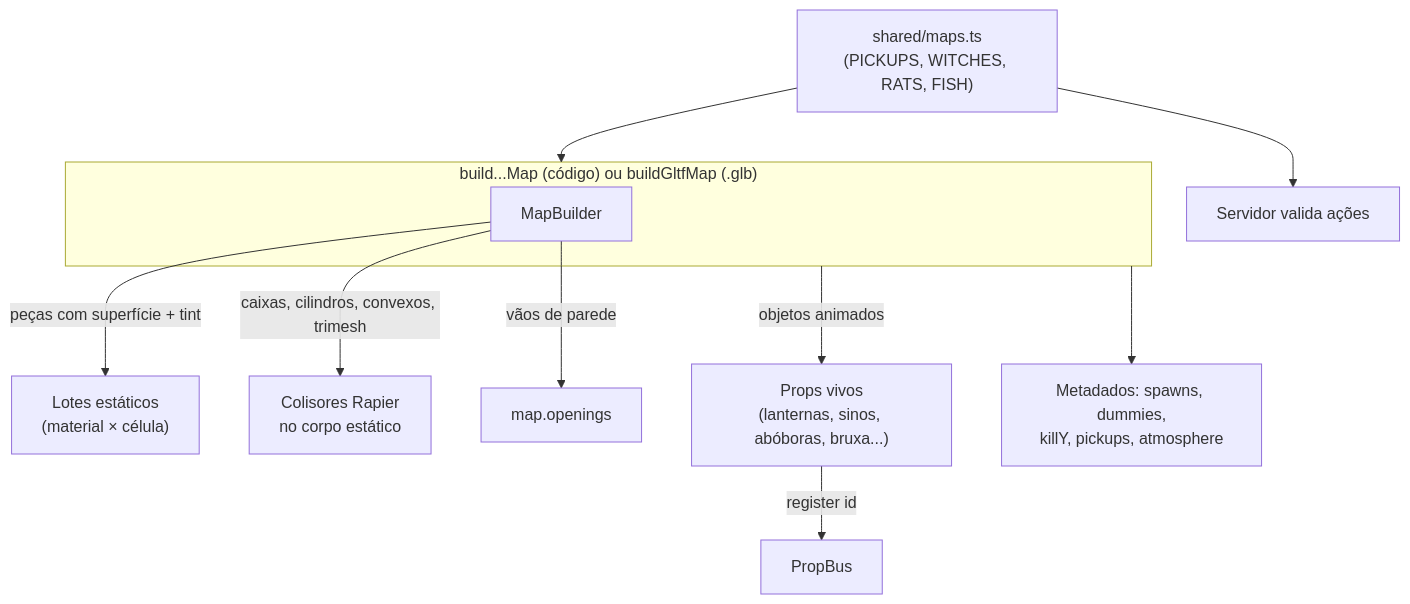
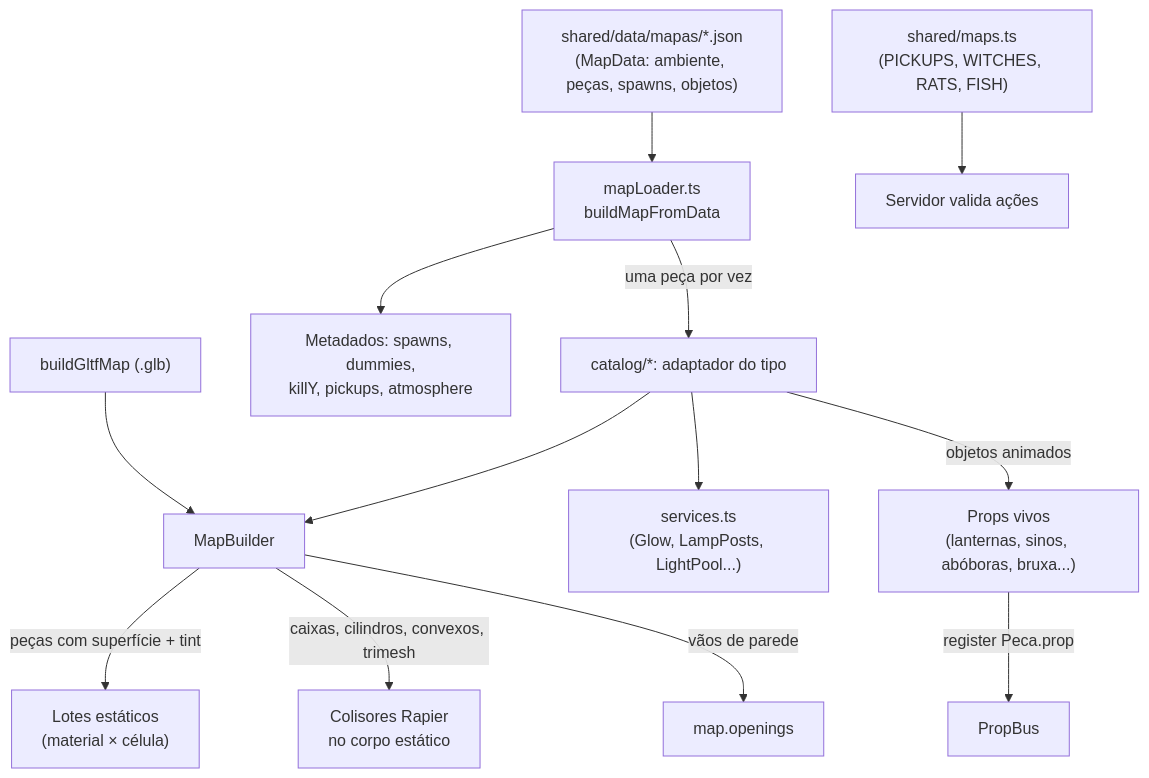
One commit to JPLabussiereF/offensive-combat-reload changed the diagram in Game-Vault/04 - World & Maps/World Structure.md. Above: the diagram before and after it, drawn with Mermaid. The commit also changed other lines of this file and 58 other files, not shown here.

First line of the commit message:
PF-6: documentação dos mapas como dados

````diff
--- a/Game-Vault/04 - World & Maps/World Structure.md
+++ b/Game-Vault/04 - World & Maps/World Structure.md
@@ -75,14 +119,15 @@
 ```mermaid
 flowchart TB
-    subgraph Construtor["build...Map (código) ou buildGltfMap (.glb)"]
-      MB[MapBuilder]
-    end
+    Dados["shared/data/mapas/*.json<br/>(MapData: ambiente, peças, spawns, objetos)"] --> Loader["mapLoader.ts<br/>buildMapFromData"]
+    Loader -->|"uma peça por vez"| Cat["catalog/*: adaptador do tipo"]
+    Cat --> MB[MapBuilder]
+    Cat --> Serv["services.ts<br/>(Glow, LampPosts, LightPool...)"]
     MB -->|"peças com superfície + tint"| Lotes["Lotes estáticos<br/>(material × célula)"]
     MB -->|"caixas, cilindros, convexos, trimesh"| Fisica["Colisores Rapier<br/>no corpo estático"]
     MB -->|"vãos de parede"| Openings[map.openings]
-    Construtor -->|"objetos animados"| Vivos["Props vivos<br/>(lanternas, sinos, abóboras, bruxa...)"]
-    Vivos -->|"register id"| Bus[PropBus]
-    Construtor --> Meta["Metadados: spawns, dummies,<br/>killY, pickups, atmosphere"]
-    Shared["shared/maps.ts<br/>(PICKUPS, WITCHES, RATS, FISH)"] --> Construtor
-    Shared --> Servidor["Servidor valida ações"]
+    Cat -->|"objetos animados"| Vivos["Props vivos<br/>(lanternas, sinos, abóboras, bruxa...)"]
+    Vivos -->|"register Peca.prop"| Bus[PropBus]
+    Loader --> Meta["Metadados: spawns, dummies,<br/>killY, pickups, atmosphere"]
+    Glb["buildGltfMap (.glb)"] --> MB
+    Shared["shared/maps.ts<br/>(PICKUPS, WITCHES, RATS, FISH)"] --> Servidor["Servidor valida ações"]
 ```
````
